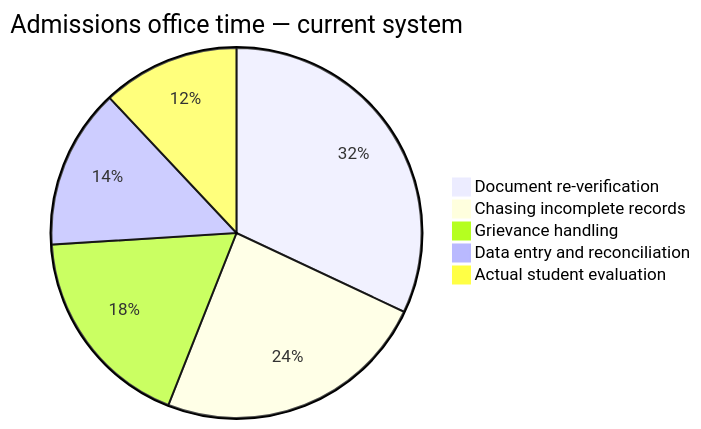
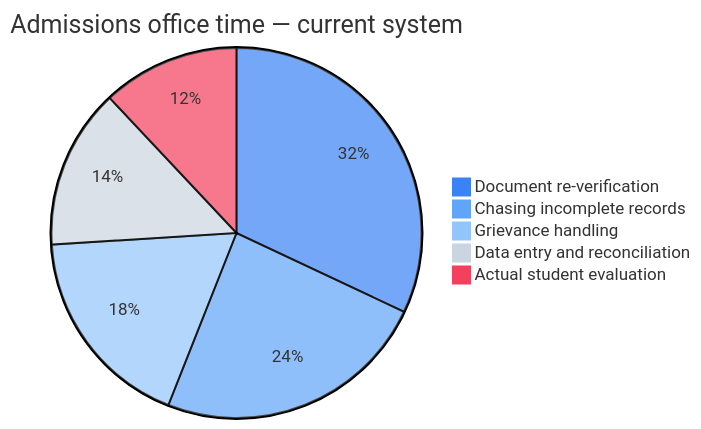
The second of 2 diagrams in Stakeholders/Institutions.mdx (aashrutsharma2/docs), drawn with Mermaid before and after one commit. The commit also changed other lines of this file and 3 other files, not shown here.

````diff
--- a/Stakeholders/Institutions.mdx
+++ b/Stakeholders/Institutions.mdx
@@ -51,8 +52,9 @@
-```mermaid
+```mermaid actions={true}
+%%{init: {"theme": "base", "themeVariables": { "pie1": "#3b82f6", "pie2": "#60a5fa", "pie3": "#93c5fd", "pie4": "#cbd5e1", "pie5": "#f43f5e" }}}%%
 pie title Admissions office time — current system
     "Document re-verification" : 32
     "Chasing incomplete records" : 24
     "Grievance handling" : 18
     "Data entry and reconciliation" : 14
     "Actual student evaluation" : 12
 ```
````
